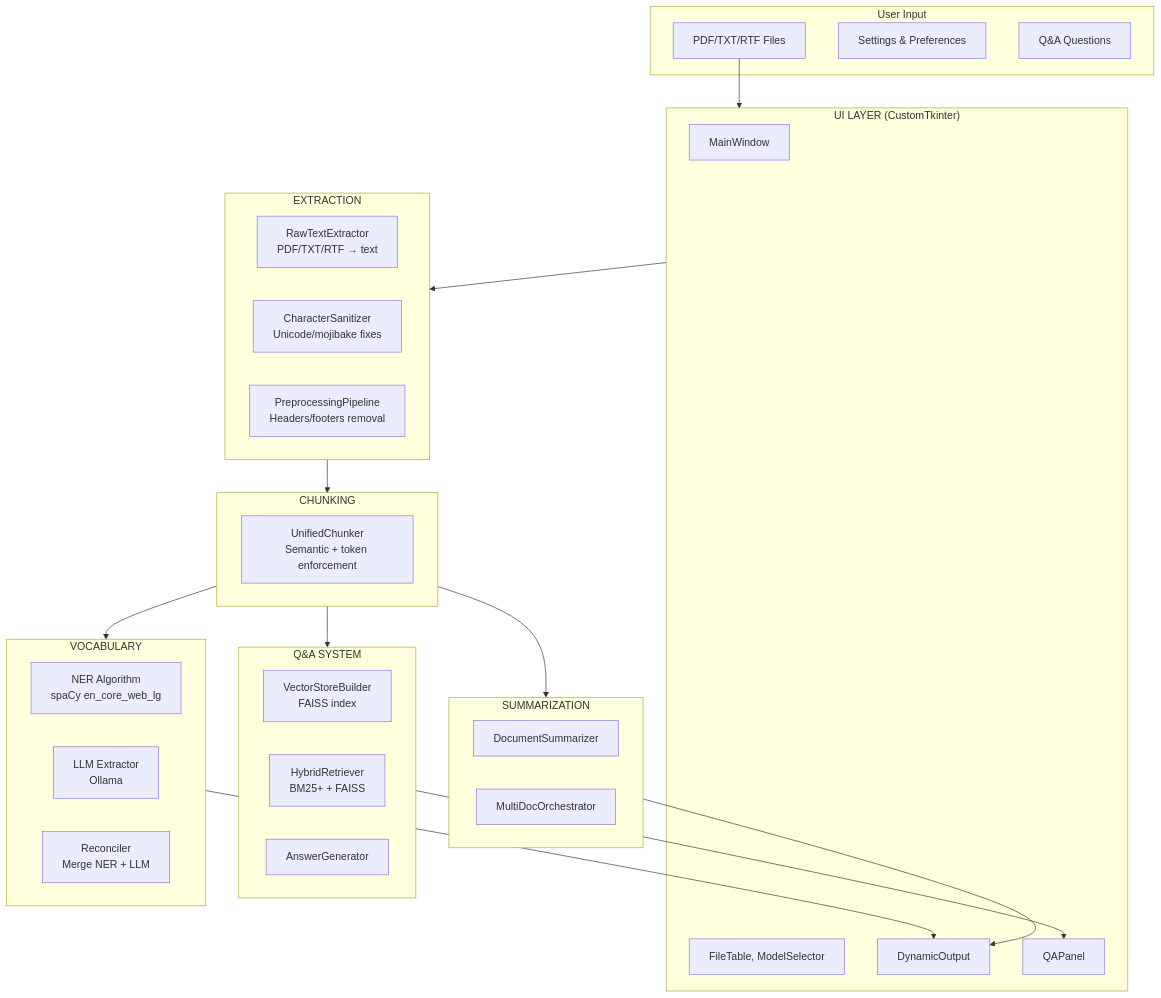
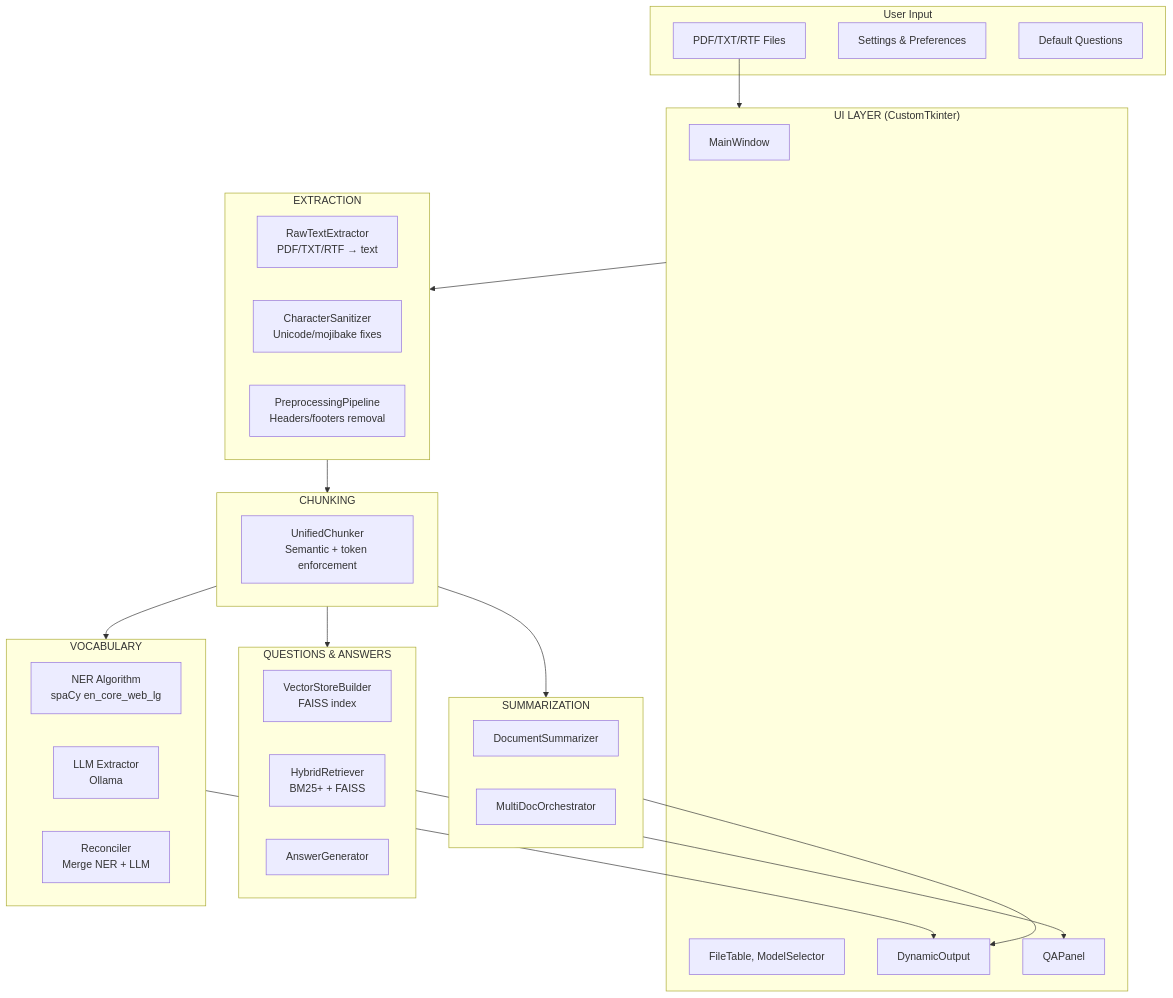
The first of 6 diagrams in ARCHITECTURE.md (caseprepd-app/CaseSummarizer), drawn with Mermaid before and after one commit. The commit also changed other lines of this file and 12 other files, not shown here.

First line of the commit message:
feat: Session 52 - Rename Q&A to beginner-friendly "Ask Questions" + default questions

````diff
--- a/ARCHITECTURE.md
+++ b/ARCHITECTURE.md
@@ -55,52 +55,52 @@
 ```mermaid
 flowchart TB
     subgraph USER["User Input"]
         Files["PDF/TXT/RTF Files"]
         Settings["Settings & Preferences"]
-        Questions["Q&A Questions"]
+        Questions["Default Questions"]
     end
 
     subgraph UI["UI LAYER (CustomTkinter)"]
         MainWindow["MainWindow"]
         Widgets["FileTable, ModelSelector"]
         Output["DynamicOutput"]
         QAPanel["QAPanel"]
     end
 
     subgraph EXTRACT["EXTRACTION"]
         RawText["RawTextExtractor<br/>PDF/TXT/RTF → text"]
         Sanitize["CharacterSanitizer<br/>Unicode/mojibake fixes"]
         Preprocess["PreprocessingPipeline<br/>Headers/footers removal"]
     end
 
     subgraph CHUNK["CHUNKING"]
         Unified["UnifiedChunker<br/>Semantic + token enforcement"]
     end
 
     subgraph VOCAB["VOCABULARY"]
         NER["NER Algorithm<br/>spaCy en_core_web_lg"]
         LLM["LLM Extractor<br/>Ollama"]
         Reconciler["Reconciler<br/>Merge NER + LLM"]
     end
 
-    subgraph QA["Q&A SYSTEM"]
+    subgraph QA["QUESTIONS & ANSWERS"]
         VectorStore["VectorStoreBuilder<br/>FAISS index"]
         Retriever["HybridRetriever<br/>BM25+ + FAISS"]
         AnswerGen["AnswerGenerator"]
     end
 
     subgraph SUMMARY["SUMMARIZATION"]
         DocSum["DocumentSummarizer"]
         MultiDoc["MultiDocOrchestrator"]
     end
 
     Files --> UI
     UI --> EXTRACT
     EXTRACT --> CHUNK
     CHUNK --> VOCAB
     CHUNK --> QA
     CHUNK --> SUMMARY
     VOCAB --> Output
     QA --> QAPanel
     SUMMARY --> Output
 ```
````
